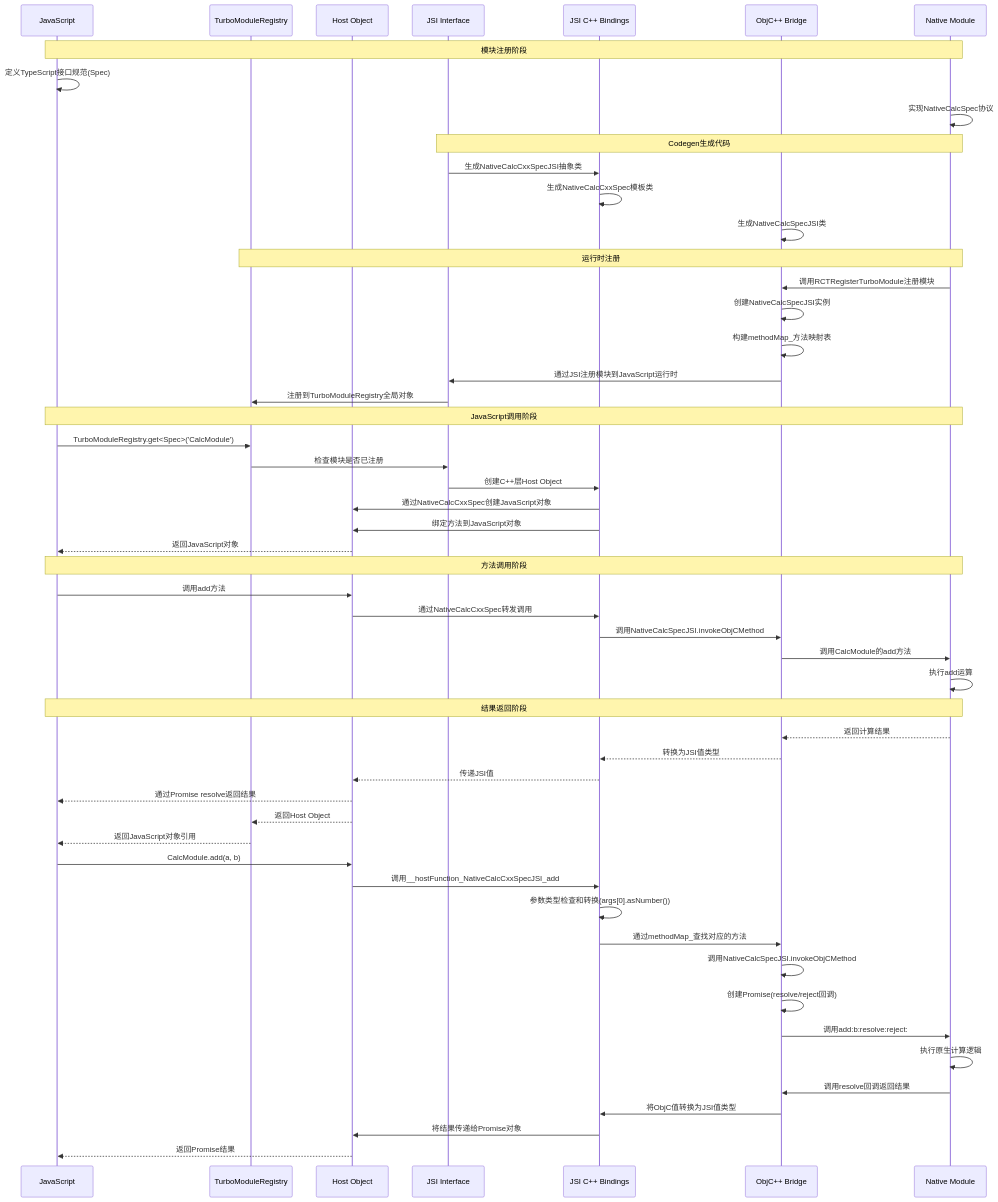
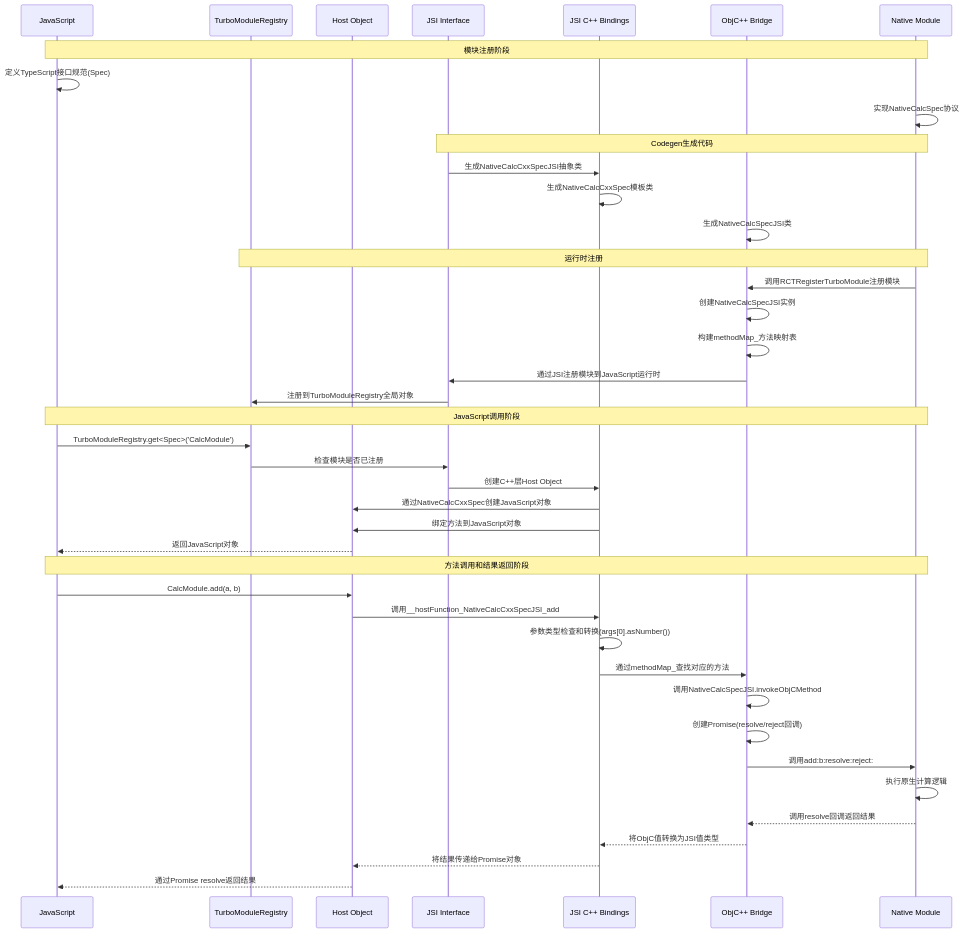
Before and after one commit to tamarous/blog: the diagram in docs/iOS/react_native_message_new.md, drawn with Mermaid.

Commit message:
fix: 删除重复部分

````diff
--- a/docs/iOS/react_native_message_new.md
+++ b/docs/iOS/react_native_message_new.md
@@ -490,69 +490,53 @@
 ```mermaid
 sequenceDiagram
     participant JS as JavaScript
     participant TMR as TurboModuleRegistry
     participant HO as Host Object
     participant JSI as JSI Interface
     participant JSIC as JSI C++ Bindings
     participant OBJC as ObjC++ Bridge
     participant Native as Native Module
 
     %% 模块注册阶段
     Note over JS,Native: 模块注册阶段
     JS->>JS: 定义TypeScript接口规范(Spec)
     Native->>Native: 实现NativeCalcSpec协议
     
     %% Codegen生成代码
     Note over JSI,Native: Codegen生成代码
     JSI->>JSIC: 生成NativeCalcCxxSpecJSI抽象类
     JSIC->>JSIC: 生成NativeCalcCxxSpec模板类
     OBJC->>OBJC: 生成NativeCalcSpecJSI类
     
     %% 运行时注册
     Note over TMR,Native: 运行时注册
     Native->>OBJC: 调用RCTRegisterTurboModule注册模块
     OBJC->>OBJC: 创建NativeCalcSpecJSI实例
     OBJC->>OBJC: 构建methodMap_方法映射表
     OBJC->>JSI: 通过JSI注册模块到JavaScript运行时
     JSI->>TMR: 注册到TurboModuleRegistry全局对象
     
     %% JavaScript调用阶段
     Note over JS,Native: JavaScript调用阶段
     JS->>TMR: TurboModuleRegistry.get<Spec>('CalcModule')
     TMR->>JSI: 检查模块是否已注册
     JSI->>JSIC: 创建C++层Host Object
     JSIC->>HO: 通过NativeCalcCxxSpec创建JavaScript对象
     JSIC->>HO: 绑定方法到JavaScript对象
     HO-->>JS: 返回JavaScript对象
 
-    %% 方法调用阶段
-    Note over JS,Native: 方法调用阶段
-    JS->>HO: 调用add方法
-    HO->>JSIC: 通过NativeCalcCxxSpec转发调用
-    JSIC->>OBJC: 调用NativeCalcSpecJSI.invokeObjCMethod
-    OBJC->>Native: 调用CalcModule的add方法
-    Native->>Native: 执行add运算
-
-    %% 结果返回阶段
-    Note over Native,JS: 结果返回阶段
-    Native-->>OBJC: 返回计算结果
-    OBJC-->>JSIC: 转换为JSI值类型
-    JSIC-->>HO: 传递JSI值
-    HO-->>JS: 通过Promise resolve返回结果
-    HO-->>TMR: 返回Host Object
-    TMR-->>JS: 返回JavaScript对象引用
-    
-    %% 方法调用
+    %% 方法调用和结果返回阶段
+    Note over JS,Native: 方法调用和结果返回阶段
     JS->>HO: CalcModule.add(a, b)
     HO->>JSIC: 调用__hostFunction_NativeCalcCxxSpecJSI_add
     JSIC->>JSIC: 参数类型检查和转换(args[0].asNumber())
     JSIC->>OBJC: 通过methodMap_查找对应的方法
     OBJC->>OBJC: 调用NativeCalcSpecJSI.invokeObjCMethod
     OBJC->>OBJC: 创建Promise(resolve/reject回调)
     OBJC->>Native: 调用add:b:resolve:reject:
     Native->>Native: 执行原生计算逻辑
-    Native->>OBJC: 调用resolve回调返回结果
-    OBJC->>JSIC: 将ObjC值转换为JSI值类型
-    JSIC->>HO: 将结果传递给Promise对象
-    HO-->>JS: 返回Promise结果
+    Native-->>OBJC: 调用resolve回调返回结果
+    OBJC-->>JSIC: 将ObjC值转换为JSI值类型
+    JSIC-->>HO: 将结果传递给Promise对象
+    HO-->>JS: 通过Promise resolve返回结果
 ```
````
